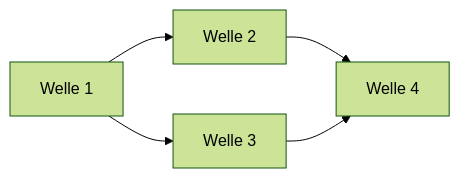
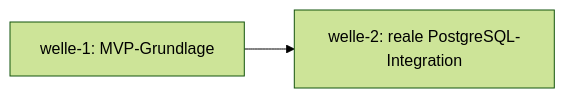
One commit to pt9912/pg-change-feed changed the diagram in docs/plan/planning/in-progress/roadmap.md. Above: the diagram before and after it, drawn with Mermaid (forest theme). The commit also changed other lines of this file and 5 other files, not shown here.

````diff
--- a/docs/plan/planning/in-progress/roadmap.md
+++ b/docs/plan/planning/in-progress/roadmap.md
@@ -83,12 +84,7 @@
 ```mermaid
 flowchart LR
-    W1[Welle 1]
-    W2[Welle 2]
-    W3[Welle 3]
-    W4[Welle 4]
-    
+    W1[welle-1: MVP-Grundlage]
+    W2[welle-2: reale PostgreSQL-Integration]
+
     W1 --> W2
-    W1 --> W3
-    W2 --> W4
-    W3 --> W4
 ```
````
